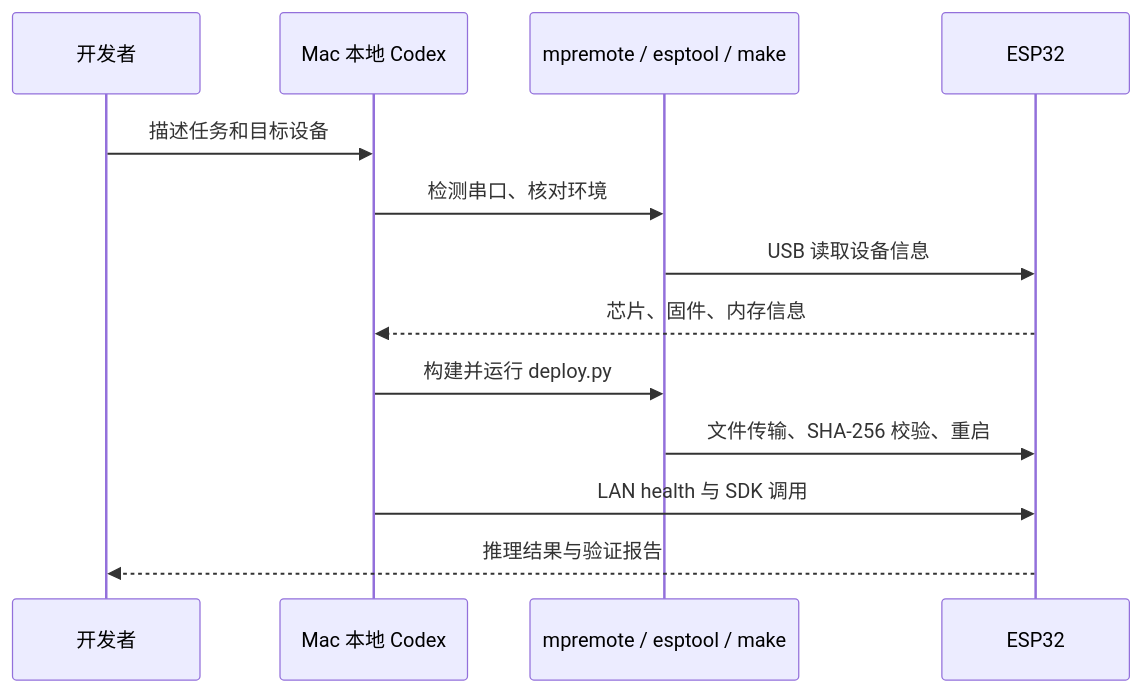
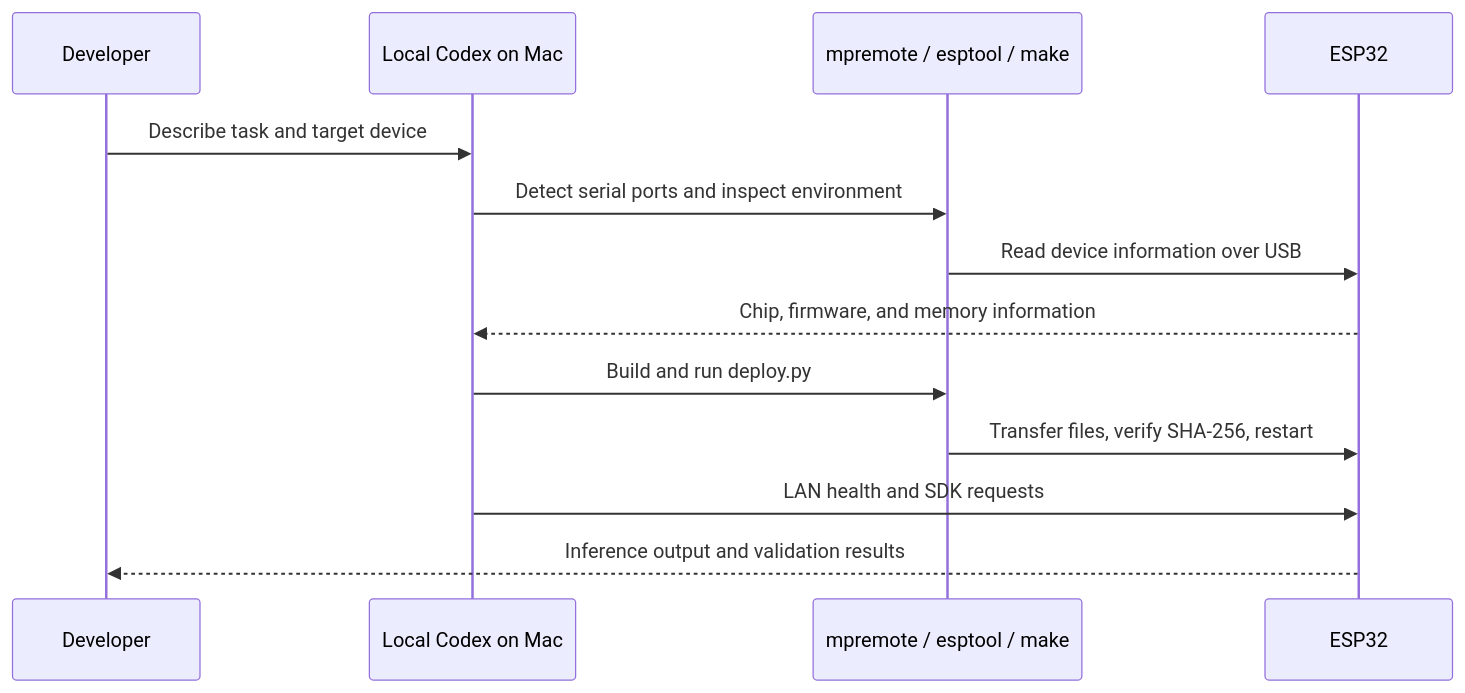
The diagram in docs/codex.md (InfronAI/esp32-llm-service), drawn with Mermaid before and after one commit. The commit also changed other lines of this file and 29 other files, not shown here.

````diff
--- a/docs/codex.md
+++ b/docs/codex.md
@@ -23,15 +25,15 @@
 ```mermaid
 sequenceDiagram
-    participant User as 开发者
-    participant Agent as Mac 本地 Codex
+    participant User as Developer
+    participant Agent as Local Codex on Mac
     participant Tools as mpremote / esptool / make
     participant Board as ESP32
-    User->>Agent: 描述任务和目标设备
-    Agent->>Tools: 检测串口、核对环境
-    Tools->>Board: USB 读取设备信息
-    Board-->>Agent: 芯片、固件、内存信息
-    Agent->>Tools: 构建并运行 deploy.py
-    Tools->>Board: 文件传输、SHA-256 校验、重启
-    Agent->>Board: LAN health 与 SDK 调用
-    Board-->>User: 推理结果与验证报告
+    User->>Agent: Describe task and target device
+    Agent->>Tools: Detect serial ports and inspect environment
+    Tools->>Board: Read device information over USB
+    Board-->>Agent: Chip, firmware, and memory information
+    Agent->>Tools: Build and run deploy.py
+    Tools->>Board: Transfer files, verify SHA-256, restart
+    Agent->>Board: LAN health and SDK requests
+    Board-->>User: Inference output and validation results
 ```
````
